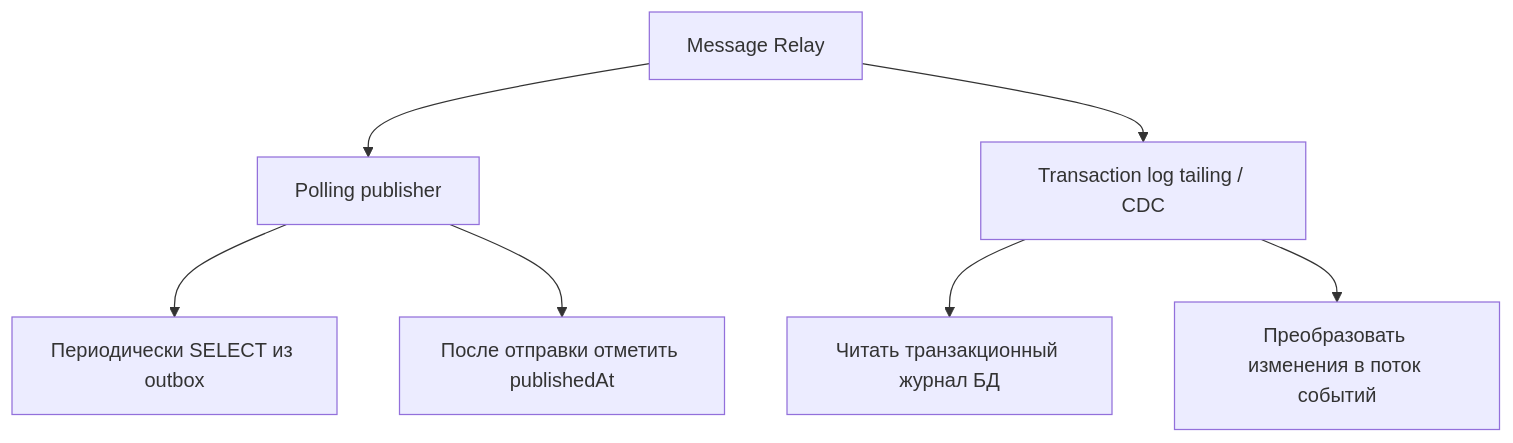
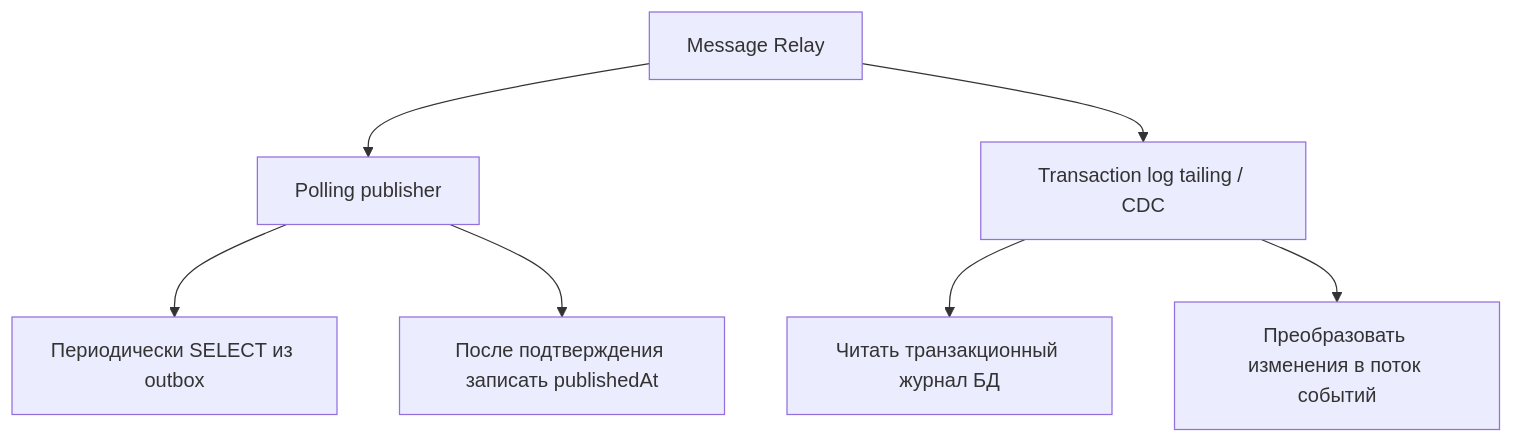
One commit to Kert0n/KPO changed the eighth of 15 diagrams in content/lectures/Lec12/vitepress.md. Above: the diagram before and after it, drawn with Mermaid. The commit also changed other lines of this file, not shown here.

````diff
--- a/content/lectures/Lec12/vitepress.md
+++ b/content/lectures/Lec12/vitepress.md
@@ -783,11 +602,11 @@
 ```mermaid
 flowchart TD
     Relay["Message Relay"] --> Polling["Polling publisher"]
     Relay --> CDC["Transaction log tailing / CDC"]
 
     Polling --> PollDB["Периодически SELECT из outbox"]
-    Polling --> Mark["После отправки отметить publishedAt"]
+    Polling --> Mark["После подтверждения записать publishedAt"]
 
     CDC --> Log["Читать транзакционный журнал БД"]
     CDC --> Stream["Преобразовать изменения в поток событий"]
 ```
````
